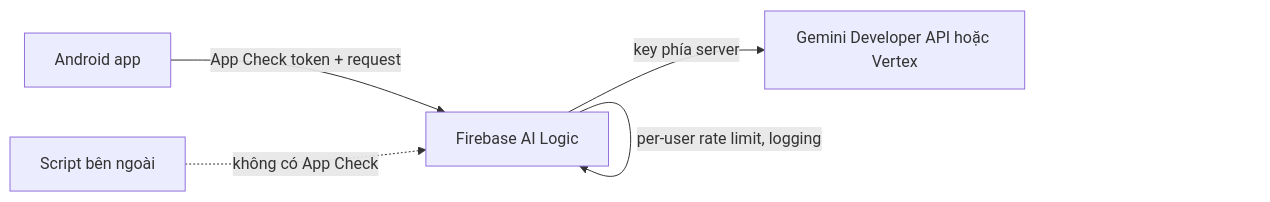
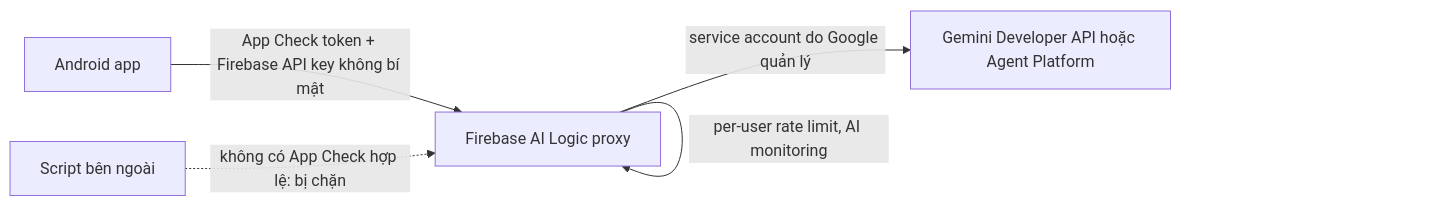
Before and after one commit to ltthuc1989/learning-roadmap: the fourth of 5 diagrams in 10-AI-for-Mobile-Lead.md, drawn with Mermaid. The commit also changed other lines of this file and 24 other files, not shown here.

````diff
--- a/10-AI-for-Mobile-Lead.md
+++ b/10-AI-for-Mobile-Lead.md
@@ -507,7 +645,7 @@
 ```mermaid
 flowchart LR
-  App[Android app] -- App Check token + request --> FB[Firebase AI Logic]
-  FB -- key phía server --> Gemini[Gemini Developer API hoặc Vertex]
-  FB -- per-user rate limit, logging --> FB
-  Attacker[Script bên ngoài] -. không có App Check .-> FB
+  App[Android app] -- App Check token + Firebase API key không bí mật --> FB[Firebase AI Logic proxy]
+  FB -- service account do Google quản lý --> Gemini[Gemini Developer API hoặc Agent Platform]
+  FB -- per-user rate limit, AI monitoring --> FB
+  Attacker[Script bên ngoài] -. không có App Check hợp lệ: bị chặn .-> FB
 ```
````
